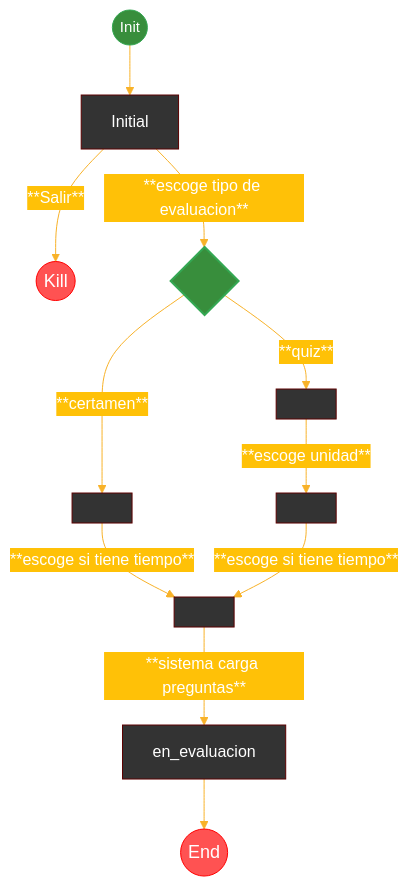
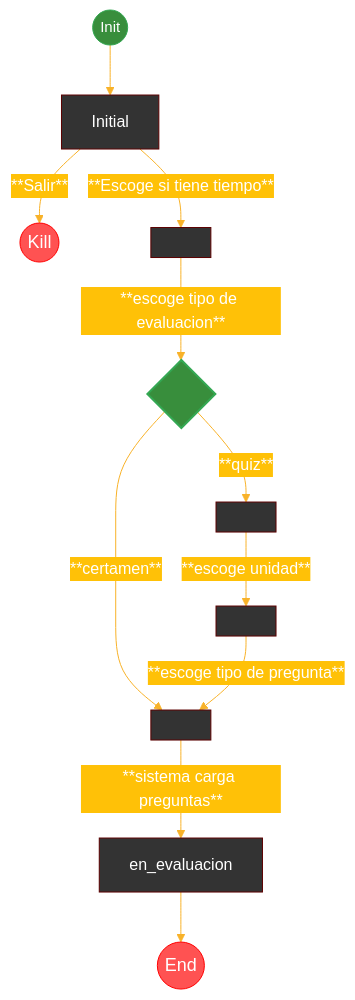
Before and after one commit to friquelmel9/Cuestionario-INF253-web: the diagram in To-be-web/model/3.config_eval_use_case.md, drawn with Mermaid. The commit also changed 4 other files, not shown here.

````diff
--- a/To-be-web/model/3.config_eval_use_case.md
+++ b/To-be-web/model/3.config_eval_use_case.md
@@ -1,45 +1,45 @@
 ```mermaid
 %%{
   init: {
     'theme': 'base',
     'themeVariables': {
       'primaryColor': '#333',
       'primaryBorderColor': '#5C0000',
       'primaryTextColor': '#ffffff',
       'classText': '#5941A9',
       'lineColor': '#F8B229',
       'secondaryColor': '#FFC107',
       'tertiaryColor': '#5C0000'
     }
   }
 }%%
 flowchart TD
     id1((Init)):::smallGreenCircle --> id2[Initial]
     id9((End)):::smallRedCircle
     id10((Kill)):::smallRedCircle
-    id2 -->|**escoge tipo de evaluacion**| id4
+    id2 --> | **Escoge si tiene tiempo** | id5
+    id5 -->|**escoge tipo de evaluacion**| id4
     id2 --> |**Salir**|id10
     id3[ ]
     id4{ }:::decision
     id4 --> |**quiz**| id3
-    id4 --> |**certamen**|id5
+    id4 --> |**certamen**|id7
     id5[ ]
-    id5 --> |**escoge si tiene tiempo**| id7
     id6[ ]
     id7[ ]
     id8[en_evaluacion ]
     id3 --> |**escoge unidad**|id6
-    id6 --> |**escoge si tiene tiempo**| id7
+    id6 --> |**escoge tipo de pregunta**|id7
     id7 --> |**sistema carga preguntas**| id8
     id8 --> id9
 
     %% Definir estilo personalizado para el círculo (Start)
     classDef smallGreenCircle fill:#388E3C,stroke:#34a853,font-size:15px,radius:20px;
     
     %% Definir estilo personalizado para la caja de decisión (más proporcionada)
     classDef decision fill:#388E3C,stroke:#34a853,stroke-width:2px,font-size:12px,padding:10px;
 
     %% Definir estilo personalizado para el círculo (End)
     classDef smallRedCircle fill:#FF5252,stroke:#ff0000,font-size:18px,radius:20px;
 
 ```
````
